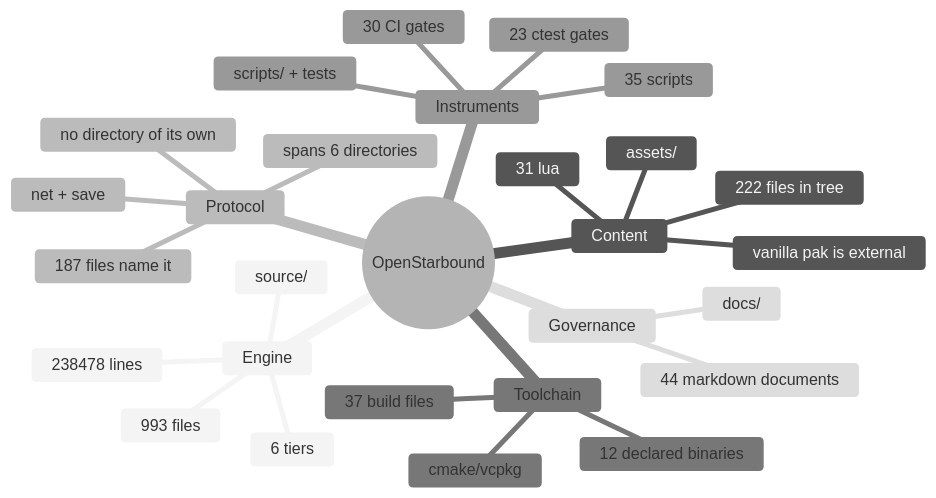
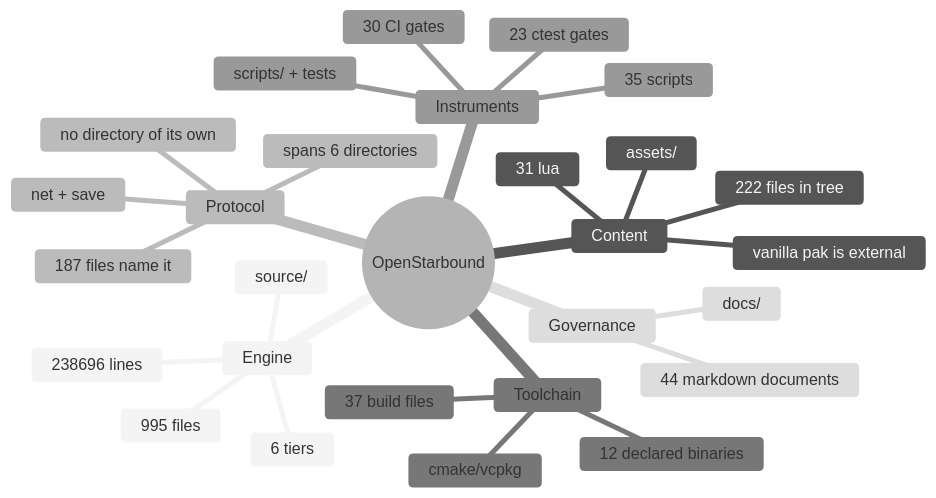
The second of 11 diagrams in docs/architecture/system-boundaries.md (apnex/OpenStarbound), drawn with Mermaid (neutral theme) before and after one commit. The commit also changed other lines of this file and 4 other files, not shown here.

````diff
--- a/docs/architecture/system-boundaries.md
+++ b/docs/architecture/system-boundaries.md
@@ -166,31 +166,31 @@
 ```mermaid
 mindmap
   root((OpenStarbound))
     Engine
       source/
-      993 files
-      238478 lines
+      995 files
+      238696 lines
       6 tiers
     Content
       assets/
       222 files in tree
       31 lua
       vanilla pak is external
     Protocol
       net + save
       187 files name it
       spans 6 directories
       no directory of its own
     Toolchain
       cmake/vcpkg
       37 build files
       12 declared binaries
     Instruments
       scripts/ + tests
       35 scripts
       23 ctest gates
       30 CI gates
     Governance
       docs/
       44 markdown documents
 ```
````
